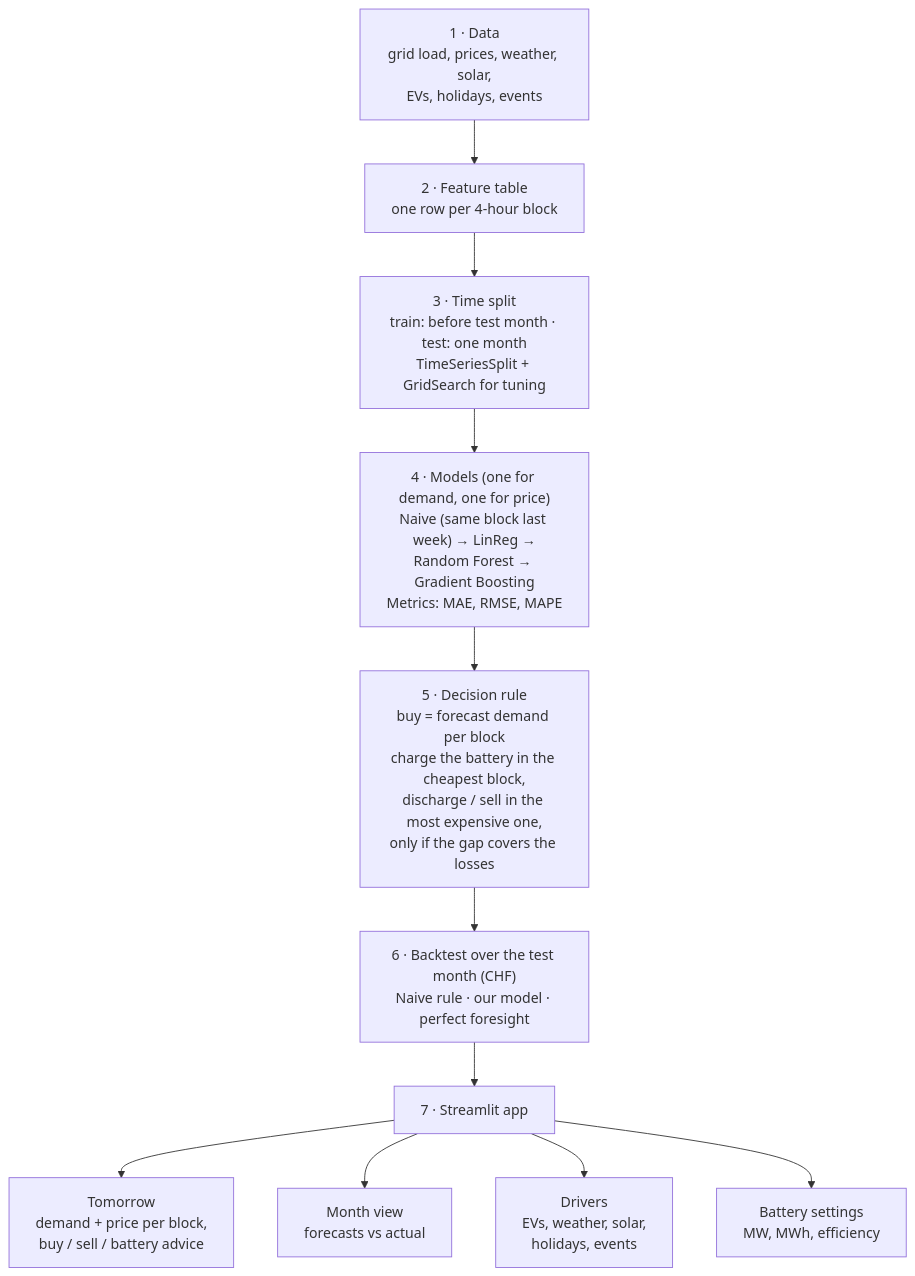
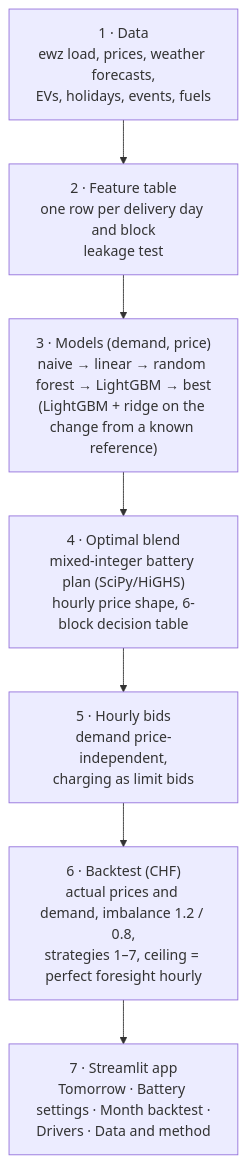
One commit to nicolasgarbea-lang/Data-analysis-and-processes changed the second of 2 diagrams in day_ahead_planning.md. Above: the diagram before and after it, drawn with Mermaid. The commit also changed other lines of this file and 20 other files, not shown here.

````diff
--- a/day_ahead_planning.md
+++ b/day_ahead_planning.md
@@ -72,13 +73,9 @@
 ```mermaid
 flowchart TD
-    D["1 · Data<br/>grid load, prices, weather, solar,<br/>EVs, holidays, events"] --> F["2 · Feature table<br/>one row per 4-hour block"]
-    F --> S["3 · Time split<br/>train: before test month · test: one month<br/>TimeSeriesSplit + GridSearch for tuning"]
-    S --> M["4 · Models (one for demand, one for price)<br/>Naive (same block last week) → LinReg →<br/>Random Forest → Gradient Boosting<br/>Metrics: MAE, RMSE, MAPE"]
-    M --> R["5 · Decision rule<br/>buy = forecast demand per block<br/>charge the battery in the cheapest block,<br/>discharge / sell in the most expensive one,<br/>only if the gap covers the losses"]
-    R --> E["6 · Backtest over the test month (CHF)<br/>Naive rule · our model · perfect foresight"]
-    E --> APP["7 · Streamlit app"]
-    APP --> T1["Tomorrow<br/>demand + price per block,<br/>buy / sell / battery advice"]
-    APP --> T2["Month view<br/>forecasts vs actual"]
-    APP --> T3["Drivers<br/>EVs, weather, solar,<br/>holidays, events"]
-    APP --> T4["Battery settings<br/>MW, MWh, efficiency"]
+    D["1 · Data<br/>ewz load, prices, weather forecasts,<br/>EVs, holidays, events, fuels"] --> F["2 · Feature table<br/>one row per delivery day and block<br/>leakage test"]
+    F --> M["3 · Models (demand, price)<br/>naive → linear → random forest → LightGBM → best<br/>(LightGBM + ridge on the change from a known reference)"]
+    M --> O["4 · Optimal blend<br/>mixed-integer battery plan (SciPy/HiGHS)<br/>hourly price shape, 6-block decision table"]
+    O --> B["5 · Hourly bids<br/>demand price-independent,<br/>charging as limit bids"]
+    B --> E["6 · Backtest (CHF)<br/>actual prices and demand, imbalance 1.2 / 0.8,<br/>strategies 1–7, ceiling = perfect foresight hourly"]
+    E --> APP["7 · Streamlit app<br/>Tomorrow · Battery settings · Month backtest ·<br/>Drivers · Data and method"]
 ```
````
